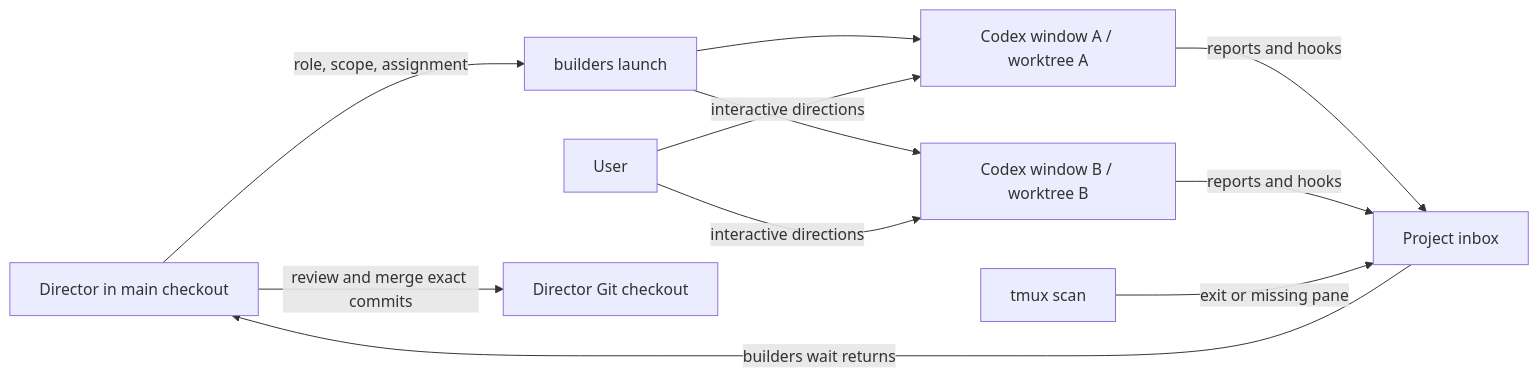
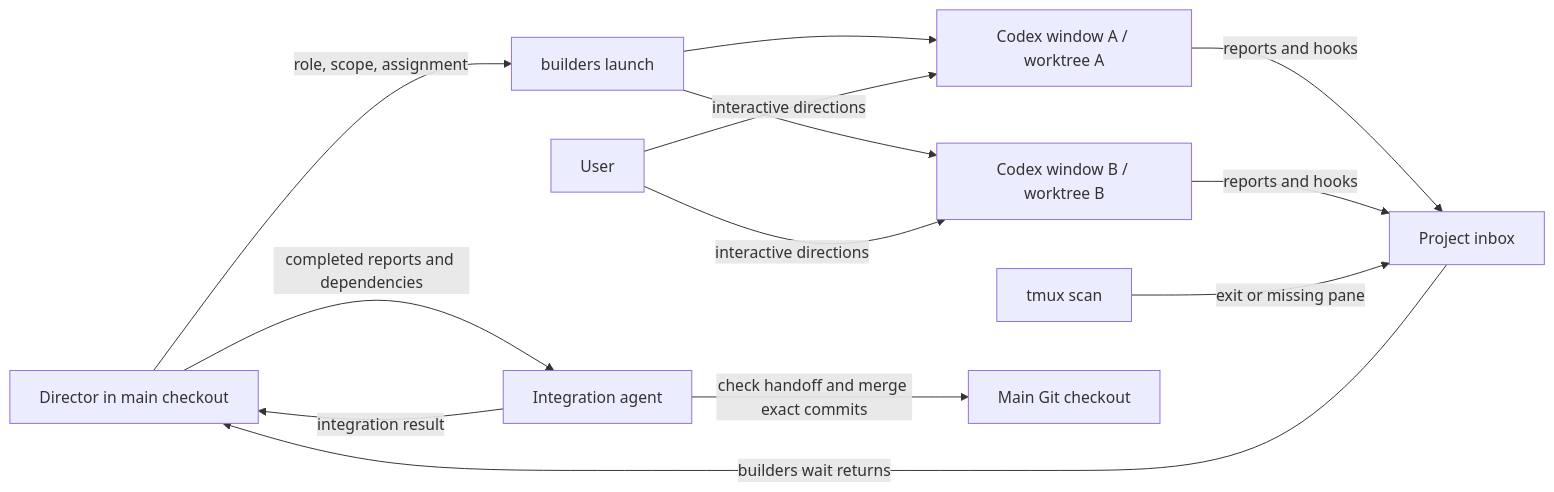
The diagram in workflow/README.md (hmldns/icrafty), drawn with Mermaid before and after one commit. The commit also changed other lines of this file and 56 other files, not shown here.

````diff
--- a/workflow/README.md
+++ b/workflow/README.md
@@ -13,13 +15,15 @@
 ```mermaid
 flowchart LR
   D[Director in main checkout] -->|role, scope, assignment| L[builders launch]
   L --> A[Codex window A / worktree A]
   L --> B[Codex window B / worktree B]
   U[User] -->|interactive directions| A
   U -->|interactive directions| B
   A -->|reports and hooks| Q[Project inbox]
   B -->|reports and hooks| Q
   S[tmux scan] -->|exit or missing pane| Q
   Q -->|builders wait returns| D
-  D -->|review and merge exact commits| G[Director Git checkout]
+  D -->|completed reports and dependencies| I[Integration agent]
+  I -->|check handoff and merge exact commits| G[Main Git checkout]
+  I -->|integration result| D
 ```
````
